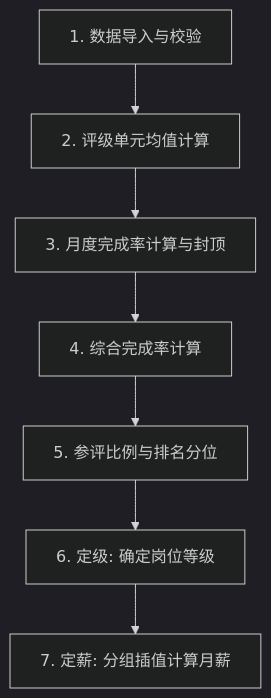
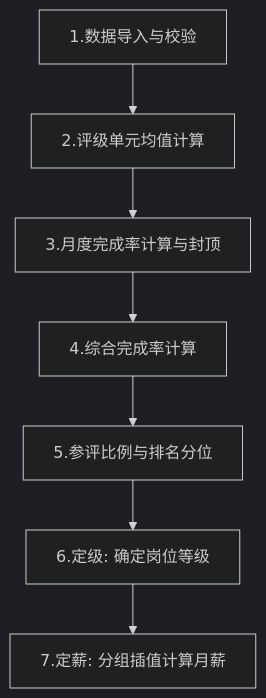
One commit to ZongminCai/SalaryAssistant changed the first of 5 diagrams in docs/客服岗位薪资计算逻辑说明.md. Above: the diagram before and after it, drawn with Mermaid (dark theme). The commit also changed 2 other files, not shown here.

Commit message:
fix: 跨境运营组长职级锁定为「组长」，更新对应测试用例

````diff
--- a/docs/客服岗位薪资计算逻辑说明.md
+++ b/docs/客服岗位薪资计算逻辑说明.md
@@ -5,9 +5,9 @@
 ```mermaid
 graph TB
-    A[1. 数据导入与校验] --> B[2. 评级单元均值计算]
-    B --> C[3. 月度完成率计算与封顶]
-    C --> D[4. 综合完成率计算]
-    D --> E[5. 参评比例与排名分位]
-    E --> F[6. 定级: 确定岗位等级]
-    F --> G[7. 定薪: 分组插值计算月薪]
+    A[1.数据导入与校验] --> B[2.评级单元均值计算]
+    B --> C[3.月度完成率计算与封顶]
+    C --> D[4.综合完成率计算]
+    D --> E[5.参评比例与排名分位]
+    E --> F[6.定级: 确定岗位等级]
+    F --> G[7.定薪: 分组插值计算月薪]
 ```
````
